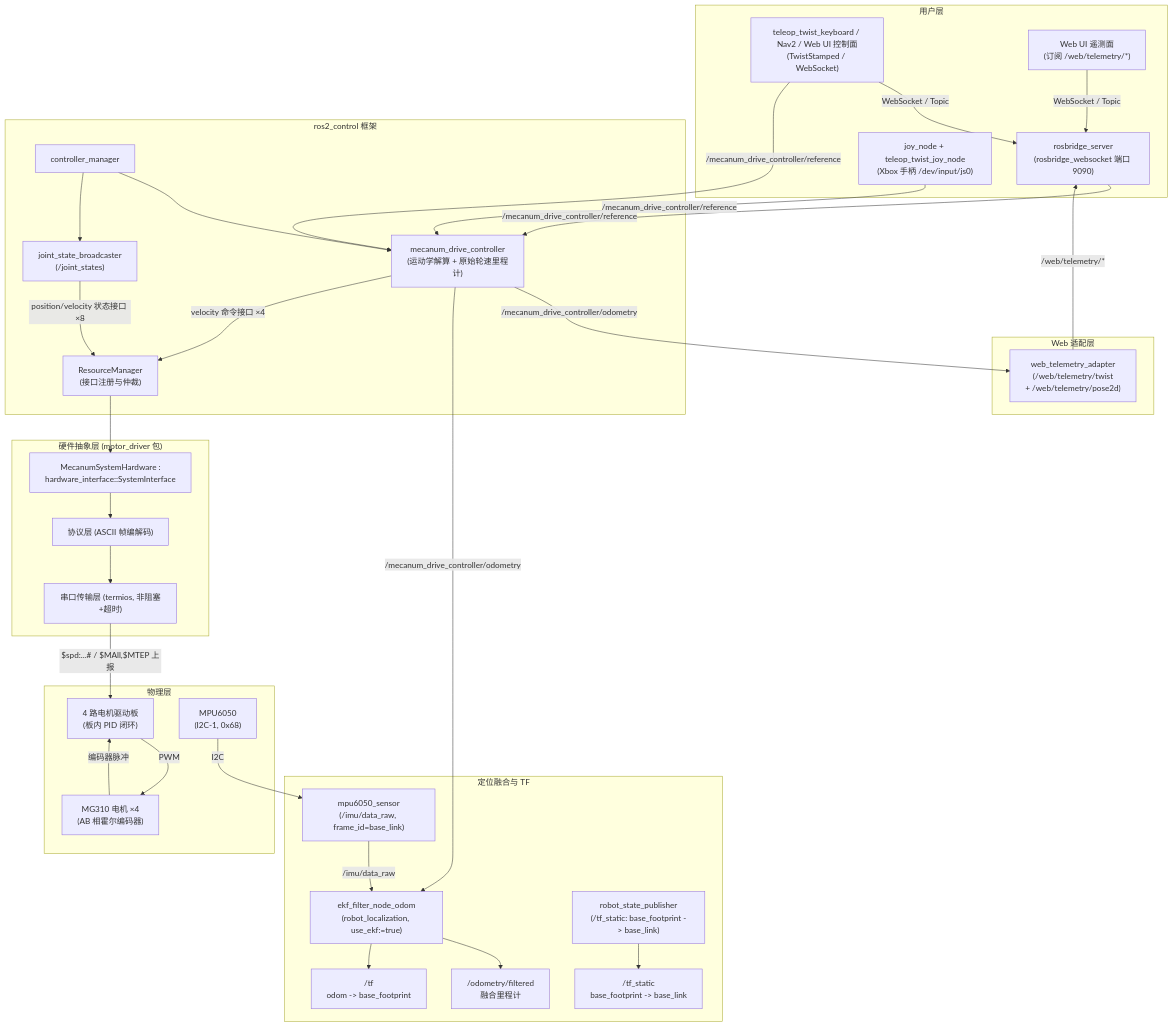
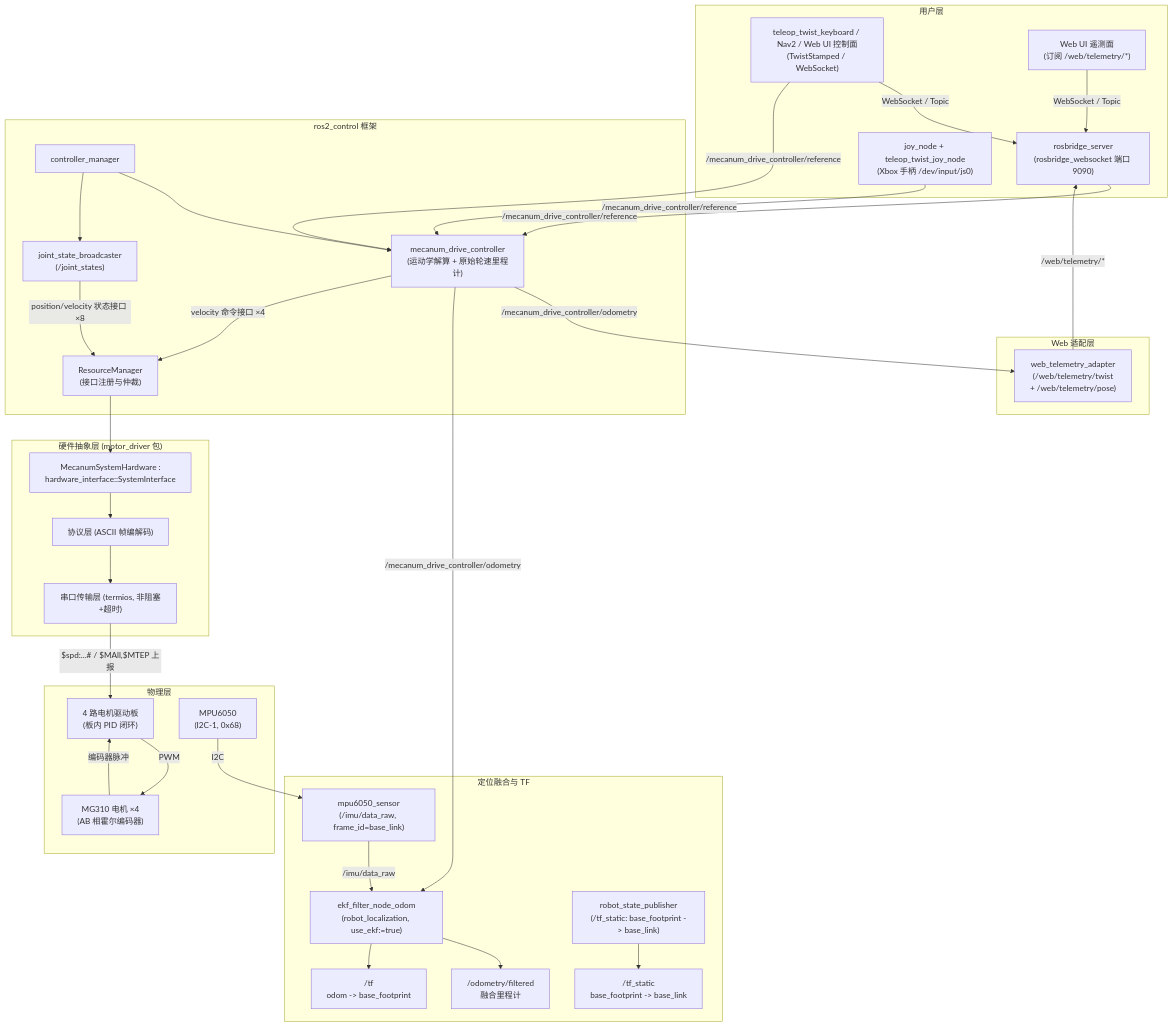
Before and after one commit to changBin-x/smart_car_robot: the diagram in README.md, drawn with Mermaid. The commit also changed other lines of this file and 14 other files, not shown here.

````diff
--- a/README.md
+++ b/README.md
@@ -50,59 +50,59 @@
 ```mermaid
 graph TD
     subgraph 用户层
         TELEOP["teleop_twist_keyboard / Nav2 / Web UI 控制面<br/>(TwistStamped / WebSocket)"]
         WEBUI["Web UI 遥测面<br/>(订阅 /web/telemetry/*)"]
         ROSBRIDGE["rosbridge_server<br/>(rosbridge_websocket 端口 9090)"]
         JOY["joy_node + teleop_twist_joy_node<br/>(Xbox 手柄 /dev/input/js0)"]
     end
     subgraph "ros2_control 框架"
         CM[controller_manager]
         MDC["mecanum_drive_controller<br/>(运动学解算 + 原始轮速里程计)"]
         JSB["joint_state_broadcaster<br/>(/joint_states)"]
         RI["ResourceManager<br/>(接口注册与仲裁)"]
     end
     subgraph "定位融合与 TF"
         MPU["mpu6050_sensor<br/>(/imu/data_raw, frame_id=base_link)"]
         EKF["ekf_filter_node_odom<br/>(robot_localization, use_ekf:=true)"]
         FUSED["/odometry/filtered<br/>融合里程计"]
         ODOMTF["/tf<br/>odom -> base_footprint"]
         RSP["robot_state_publisher<br/>(/tf_static: base_footprint -> base_link)"]
         STATICTF["/tf_static<br/>base_footprint -> base_link"]
     end
     subgraph "Web 适配层"
-        WTA["web_telemetry_adapter<br/>(/web/telemetry/twist<br/>+ /web/telemetry/pose2d)"]
+        WTA["web_telemetry_adapter<br/>(/web/telemetry/twist<br/>+ /web/telemetry/pose)"]
     end
     subgraph "硬件抽象层 (motor_driver 包)"
         HW["MecanumSystemHardware :<br/>hardware_interface::SystemInterface"]
         PROTO["协议层 (ASCII 帧编解码)"]
         SERIAL["串口传输层 (termios, 非阻塞+超时)"]
     end
     subgraph 物理层
         BOARD["4 路电机驱动板<br/>(板内 PID 闭环)"]
         MOTOR["MG310 电机 ×4<br/>(AB 相霍尔编码器)"]
         IMUHW["MPU6050<br/>(I2C-1, 0x68)"]
     end
 
     ROSBRIDGE -->|"/mecanum_drive_controller/reference"| MDC
     JOY -->|"/mecanum_drive_controller/reference"| MDC
     TELEOP -->|"WebSocket / Topic"| ROSBRIDGE
     WEBUI -->|"WebSocket / Topic"| ROSBRIDGE
     TELEOP -->|"/mecanum_drive_controller/reference"| MDC
     MDC -->|"/mecanum_drive_controller/odometry"| WTA
     MDC -->|"/mecanum_drive_controller/odometry"| EKF
     MPU -->|"/imu/data_raw"| EKF
     EKF --> FUSED
     EKF --> ODOMTF
     RSP --> STATICTF
     WTA -->|"/web/telemetry/*"| ROSBRIDGE
     CM --> MDC
     CM --> JSB
     MDC -->|"velocity 命令接口 ×4"| RI
     JSB -->|"position/velocity 状态接口 ×8"| RI
     RI --> HW
     HW --> PROTO --> SERIAL
     SERIAL -->|"$spd:...# / $MAll,$MTEP 上报"| BOARD
     BOARD -->|PWM| MOTOR
     MOTOR -->|编码器脉冲| BOARD
     IMUHW -->|I2C| MPU
 ```
````
